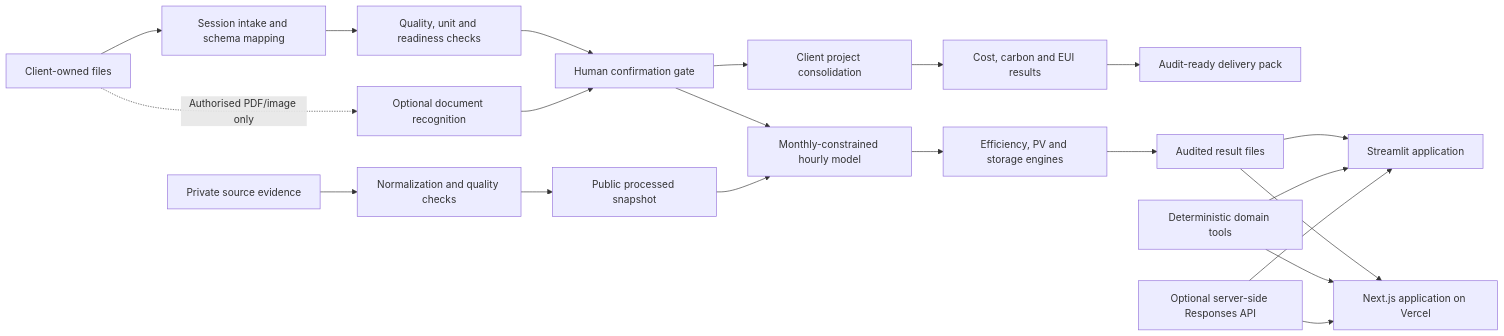
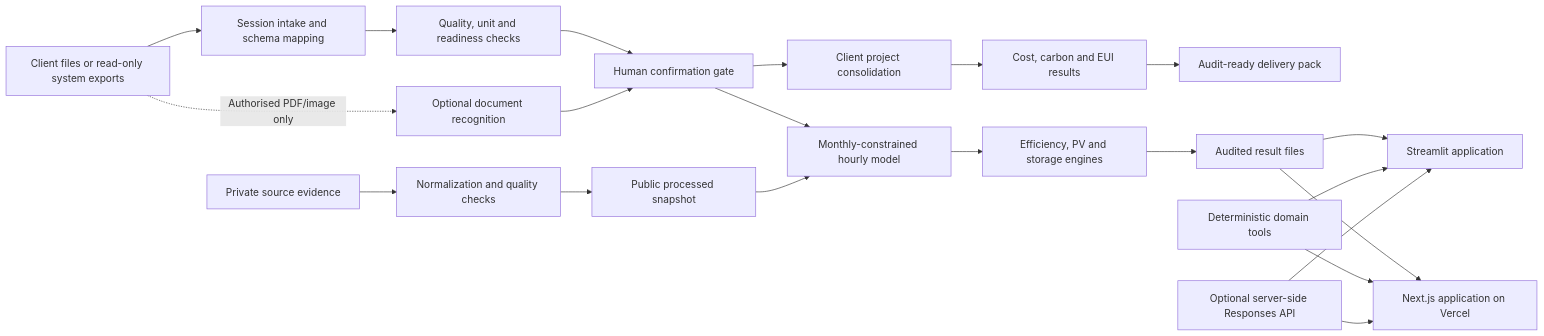
Before and after one commit to QiZai07/maic-auditable-energy-twin: the diagram in docs/architecture.md, drawn with Mermaid. The commit also changed other lines of this file and 10 other files, not shown here.

Commit message:
Update client system integration and migration guidance

````diff
--- a/docs/architecture.md
+++ b/docs/architecture.md
@@ -11,23 +11,23 @@
 ```mermaid
 flowchart LR
-    K["Client-owned files"] --> L["Session intake and schema mapping"]
+    K["Client files or read-only system exports"] --> L["Session intake and schema mapping"]
     L --> M["Quality, unit and readiness checks"]
     M --> N["Human confirmation gate"]
     N --> P["Client project consolidation"]
     P --> Q["Cost, carbon and EUI results"]
     Q --> R["Audit-ready delivery pack"]
     N --> D
     K -. "Authorised PDF/image only" .-> O["Optional document recognition"]
     O --> N
     A["Private source evidence"] --> B["Normalization and quality checks"]
     B --> C["Public processed snapshot"]
     C --> D["Monthly-constrained hourly model"]
     D --> E["Efficiency, PV and storage engines"]
     E --> F["Audited result files"]
     F --> G["Streamlit application"]
     F --> H["Next.js application on Vercel"]
     I["Deterministic domain tools"] --> G
     I --> H
     J["Optional server-side Responses API"] --> G
     J --> H
 ```
````
